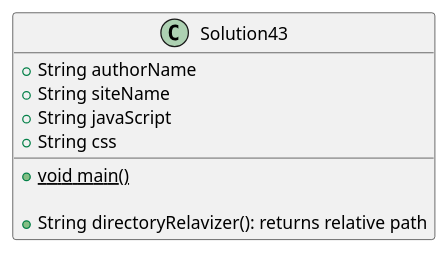
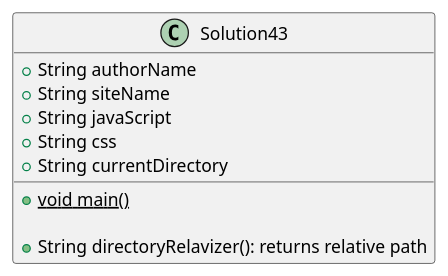
Before and after one commit to richardlopez813/lopez-a04: the diagram in exercise43/docs/Solution43.puml, drawn with PlantUML. The commit also changed 9 other files, not shown here.

```diff
--- a/exercise43/docs/Solution43.puml
+++ b/exercise43/docs/Solution43.puml
@@ -1,14 +1,15 @@
 @startuml
 'https://plantuml.com/class-diagram
 
 class Solution43{
 +String authorName
 +String siteName
 +String javaScript
 +String css
++String currentDirectory
 
 +{static} {method} void main()
 
 +{method} String directoryRelavizer(): returns relative path
 }
 @enduml
```
